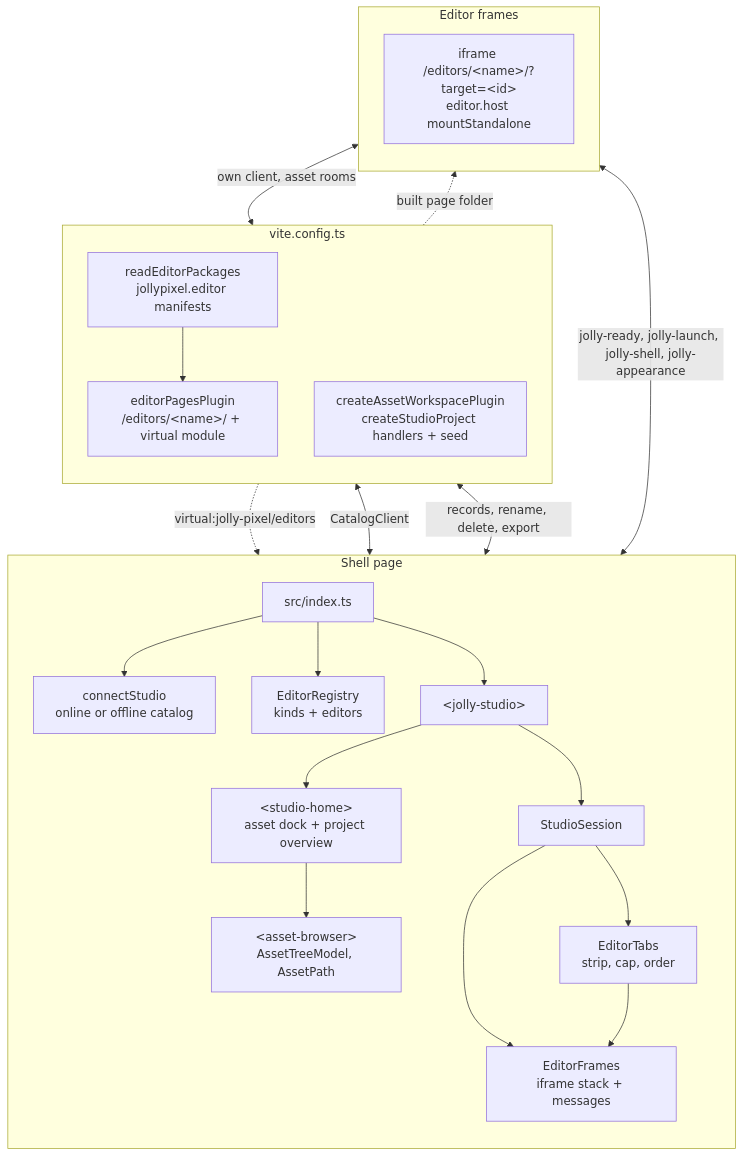
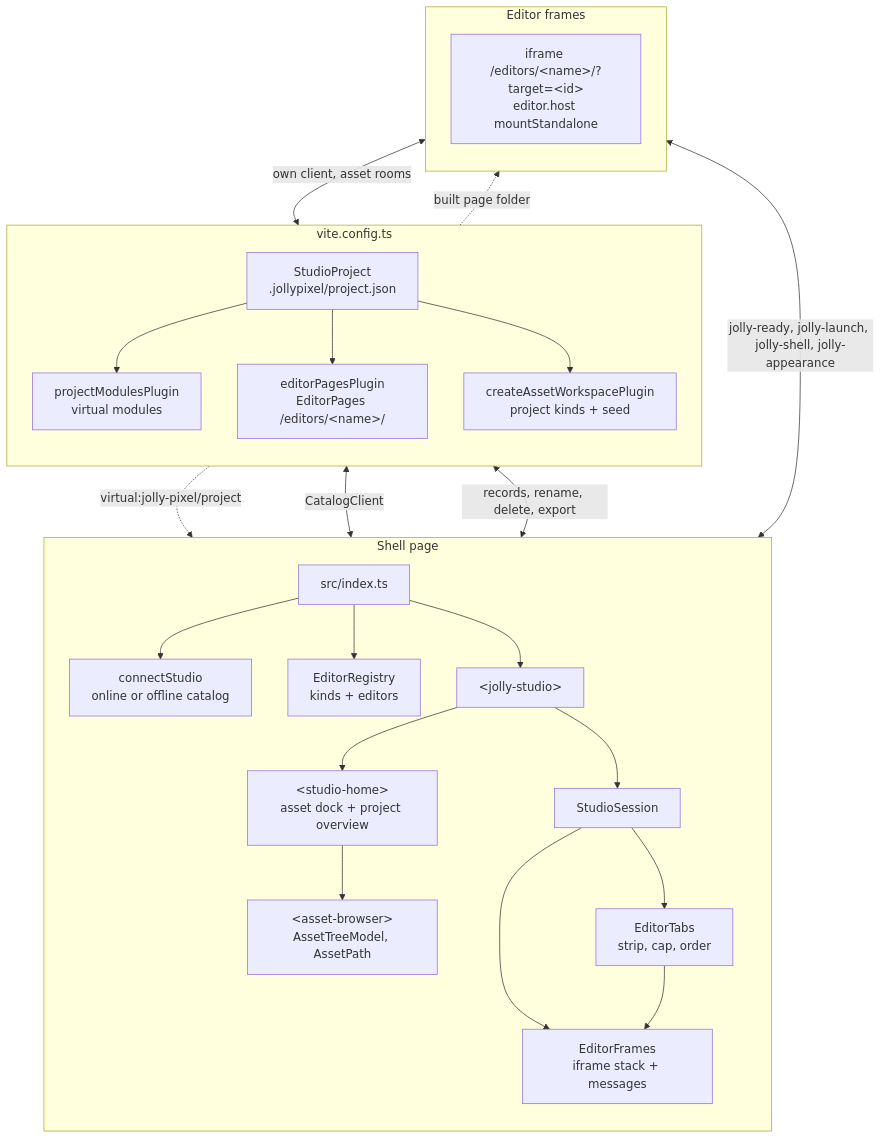
Before and after one commit to JollyPixel/editor: the first of 3 diagrams in packages/studio/ARCHITECTURE.md, drawn with Mermaid. The commit also changed other lines of this file and 61 other files, not shown here.

Commit message:
feat(studio): implement project manifest (#857)

````diff
--- a/packages/studio/ARCHITECTURE.md
+++ b/packages/studio/ARCHITECTURE.md
@@ -11,44 +11,47 @@
 ```mermaid
 flowchart TB
   subgraph Vite["vite.config.ts"]
     direction TB
-    Manifests["readEditorPackages<br/>jollypixel.editor manifests"]
-    Pages["editorPagesPlugin<br/>/editors/&lt;name&gt;/ + virtual module"]
-    Backend["createAssetWorkspacePlugin<br/>createStudioProject handlers + seed"]
-    Manifests --> Pages
+    Project["StudioProject<br/>.jollypixel/project.json"]
+    Modules["projectModulesPlugin<br/>virtual modules"]
+    Pages["editorPagesPlugin<br/>EditorPages /editors/&lt;name&gt;/"]
+    Backend["createAssetWorkspacePlugin<br/>project kinds + seed"]
+    Project --> Modules
+    Project --> Pages
+    Project --> Backend
   end
 
   subgraph Shell["Shell page"]
     direction TB
     Boot["src/index.ts"]
     Connection["connectStudio<br/>online or offline catalog"]
     Registry["EditorRegistry<br/>kinds + editors"]
     Studio["&lt;jolly-studio&gt;"]
     Home["&lt;studio-home&gt;<br/>asset dock + project overview"]
     Browser["&lt;asset-browser&gt;<br/>AssetTreeModel, AssetPath"]
     Session["StudioSession"]
     Tabs["EditorTabs<br/>strip, cap, order"]
     FrameStack["EditorFrames<br/>iframe stack + messages"]
     Boot --> Connection
     Boot --> Registry
     Boot --> Studio
     Studio --> Home
     Home --> Browser
     Studio --> Session
     Session --> Tabs
     Session --> FrameStack
     Tabs --> FrameStack
   end
 
   subgraph Frames["Editor frames"]
     direction TB
     Frame["iframe /editors/&lt;name&gt;/?target=&lt;id&gt;<br/>editor.host mountStandalone"]
   end
 
-  Pages -.->|"virtual:jolly-pixel/editors"| Registry
+  Modules -.->|"virtual:jolly-pixel/project"| Registry
   Pages -.->|"built page folder"| Frame
   Connection <-->|"CatalogClient"| Backend
   Browser <-->|"records, rename, delete, export"| Backend
   FrameStack <-->|"jolly-ready, jolly-launch, jolly-shell, jolly-appearance"| Frame
   Frame <-->|"own client, asset rooms"| Backend
 ```
````
